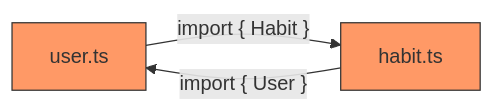
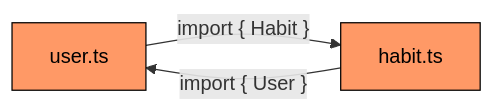
Before and after one commit to itbali/ts-frontend: the second of 3 diagrams in src/types/modules-guide.md, drawn with Mermaid. The commit also changed other lines of this file, not shown here.

Commit message:
Fix styling colors in module interaction diagrams for better visibility

````diff
--- a/src/types/modules-guide.md
+++ b/src/types/modules-guide.md
@@ -142,7 +142,7 @@
 ```mermaid
 graph LR
     User[user.ts] -- "import { Habit }" --> Habit[habit.ts]
     Habit -- "import { User }" --> User
-    style User fill:#f96,stroke:#333
-    style Habit fill:#f96,stroke:#333
+    style User fill:#f96,stroke:#000,color:#000
+    style Habit fill:#f96,stroke:#000,color:#000
 ```
````
